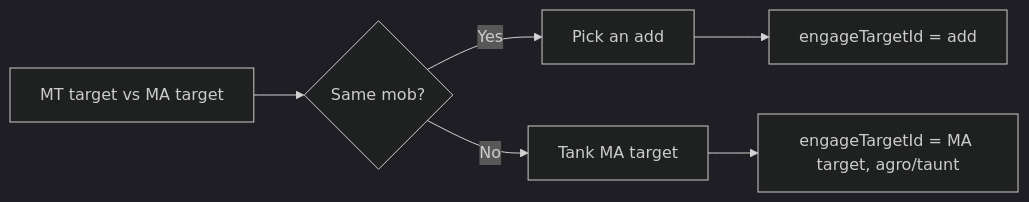
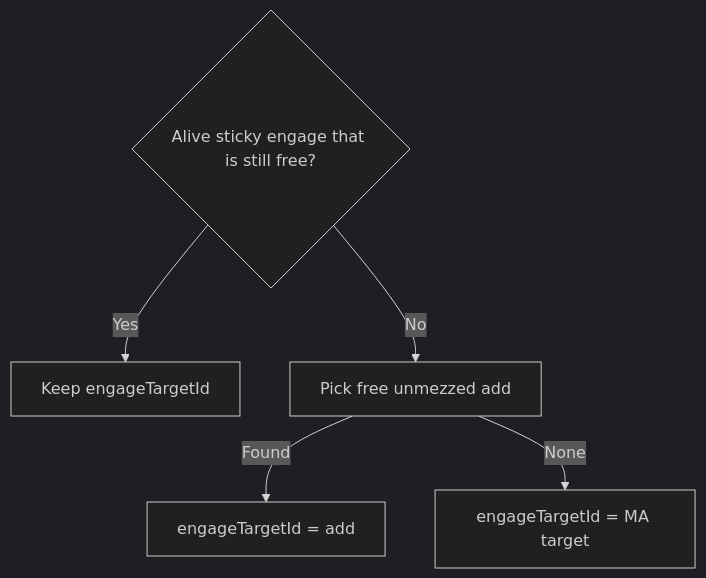
Before and after one commit to Cezero/czbot: the second of 2 diagrams in docs/tank-and-assist-roles.md, drawn with Mermaid (dark theme). The commit also changed other lines of this file and 8 other files, not shown here.

````diff
--- a/docs/tank-and-assist-roles.md
+++ b/docs/tank-and-assist-roles.md
@@ -89,8 +89,8 @@
 ```mermaid
-flowchart LR
-    A[MT target vs MA target] --> B{Same mob?}
-    B -->|Yes| C[Pick an add]
-    B -->|No| D[Tank MA target]
-    C --> E[engageTargetId = add]
-    D --> F[engageTargetId = MA target, agro/taunt]
+flowchart TD
+    Sticky{Alive sticky engage that is still free?}
+    Sticky -->|Yes| Keep[Keep engageTargetId]
+    Sticky -->|No| PickAdd[Pick free unmezzed add]
+    PickAdd -->|Found| Claim[engageTargetId = add]
+    PickAdd -->|None| MaAssist[engageTargetId = MA target]
 ```
````
